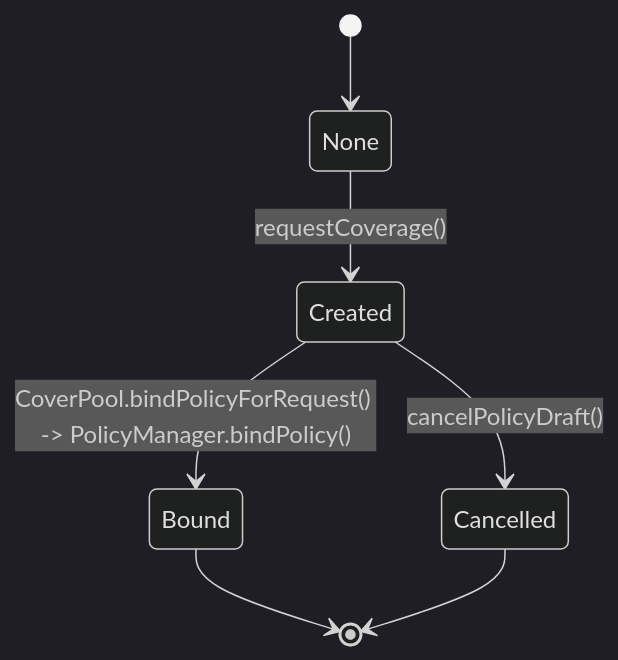
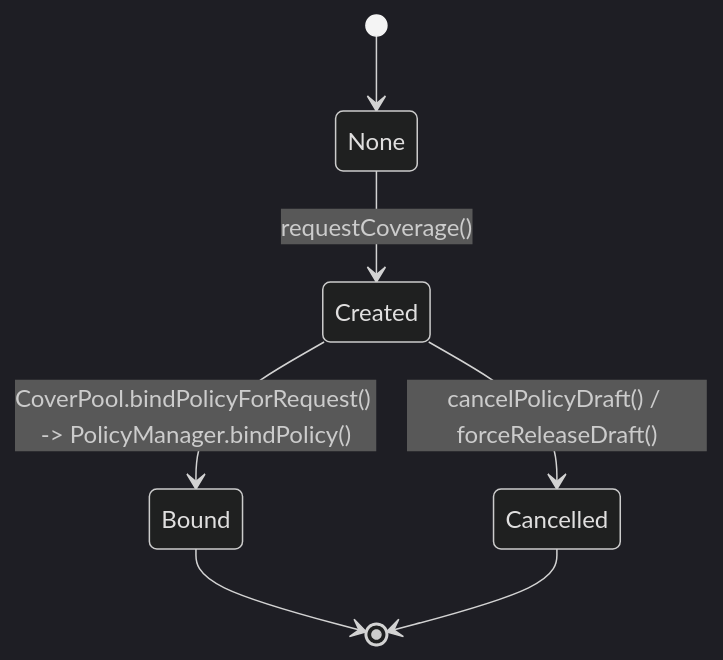
One commit to 0xcatalysis/coverage changed the diagram in docs/architecture/05-policy-lifecycle.md. Above: the diagram before and after it, drawn with Mermaid (dark theme). The commit also changed other lines of this file and 1 other file, not shown here.

Commit message:
doc: update architecture documentation

````diff
--- a/docs/architecture/05-policy-lifecycle.md
+++ b/docs/architecture/05-policy-lifecycle.md
@@ -23,9 +23,9 @@
 ```mermaid
 stateDiagram-v2
     [*] --> None
     None --> Created: requestCoverage()
-    Created --> Cancelled: cancelPolicyDraft()
+    Created --> Cancelled: cancelPolicyDraft() / forceReleaseDraft()
     Created --> Bound: CoverPool.bindPolicyForRequest() -> PolicyManager.bindPolicy()
     Bound --> [*]
     Cancelled --> [*]
 ```
````
